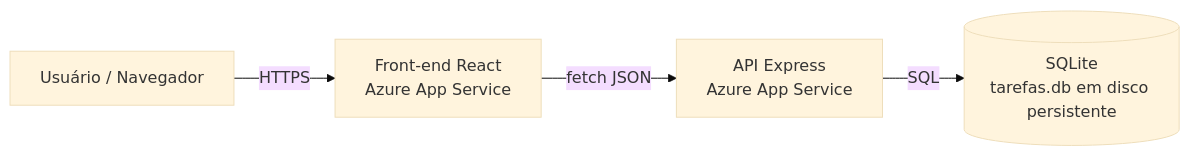
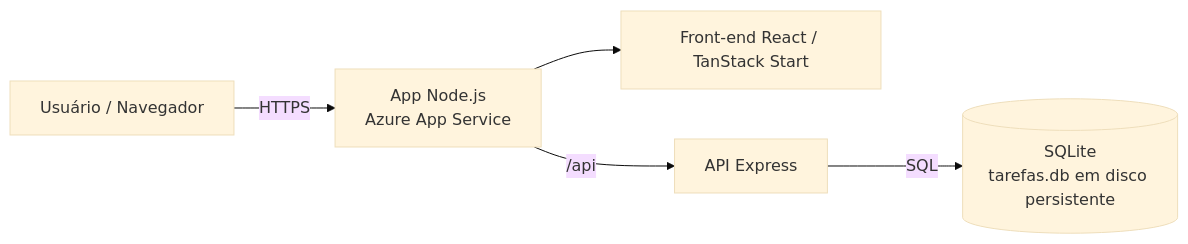
Before and after one commit to Brun0Kenji/GS-CloudSec: the first of 3 diagrams in README.md, drawn with Mermaid (base theme). The commit also changed other lines of this file and 9 other files, not shown here.

````diff
--- a/README.md
+++ b/README.md
@@ -11,6 +11,7 @@
 ```mermaid
 flowchart LR
-  U[Usuário / Navegador] -->|HTTPS| F[Front-end React<br/>Azure App Service]
-  F -->|fetch JSON| A[API Express<br/>Azure App Service]
+  U[Usuário / Navegador] -->|HTTPS| S[App Node.js<br/>Azure App Service]
+  S --> F[Front-end React / TanStack Start]
+  S -->|/api| A[API Express]
   A -->|SQL| D[(SQLite<br/>tarefas.db em disco persistente)]
 ```
````
